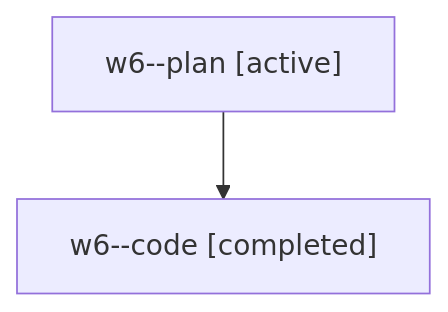
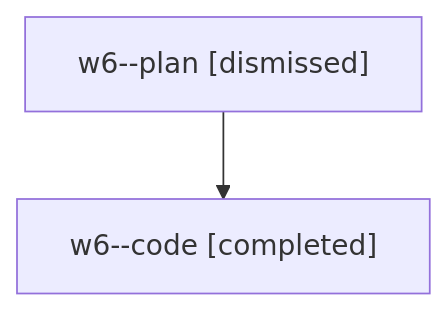
One commit to sase-org/sase--agents changed the diagram in sessions/bbugyi200.athena.w6.md. Above: the diagram before and after it, drawn with Mermaid. The commit also changed other lines of this file and 18 other files, not shown here.

````diff
--- a/sessions/bbugyi200.athena.w6.md
+++ b/sessions/bbugyi200.athena.w6.md
@@ -9,6 +9,6 @@
 ```mermaid
 flowchart TD
-  n0["w6--plan [active]"]
+  n0["w6--plan [dismissed]"]
   n1["w6--code [completed]"]
   n0 --> n1
 ```
````
